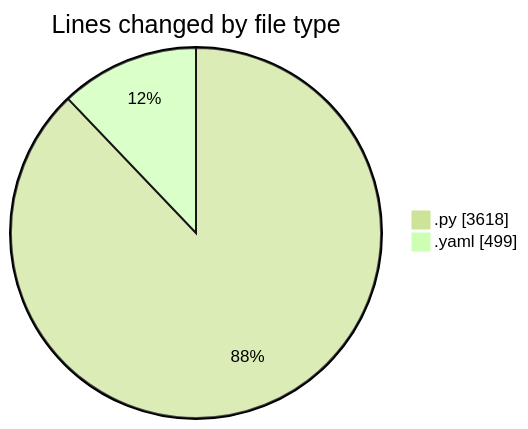
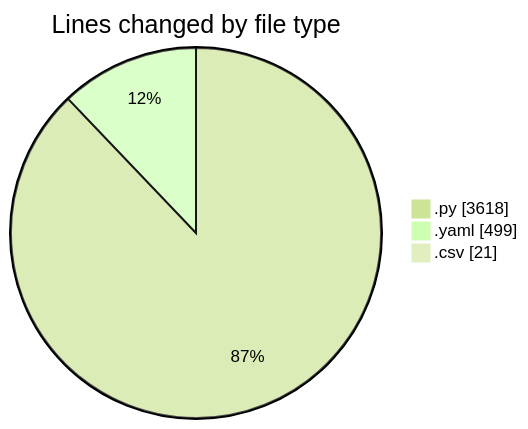
One commit to MatusMokan/code-tracking changed the first of 2 diagrams in 2025-03-01/myws__workspace_/README.md. Above: the diagram before and after it, drawn with Mermaid (forest theme). The commit also changed other lines of this file and 1 other file, not shown here.

````diff
--- a/2025-03-01/myws__workspace_/README.md
+++ b/2025-03-01/myws__workspace_/README.md
@@ -29,6 +30,7 @@
 ```mermaid
 pie showData
 title Lines changed by file type
 ".py" : 3618
 ".yaml" : 499
+".csv" : 21
 ```
````
